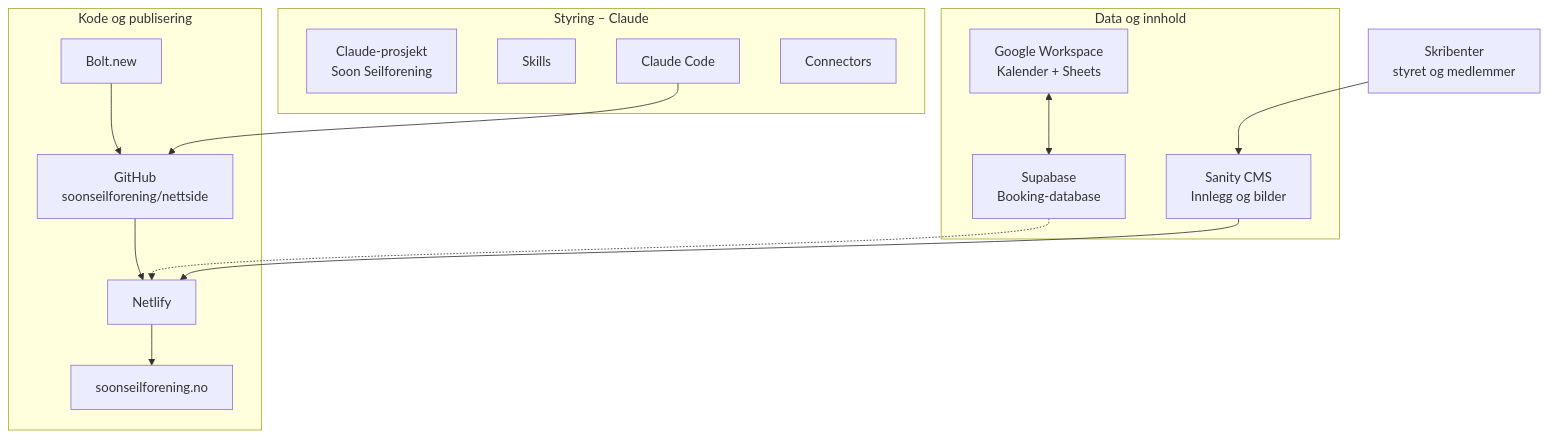
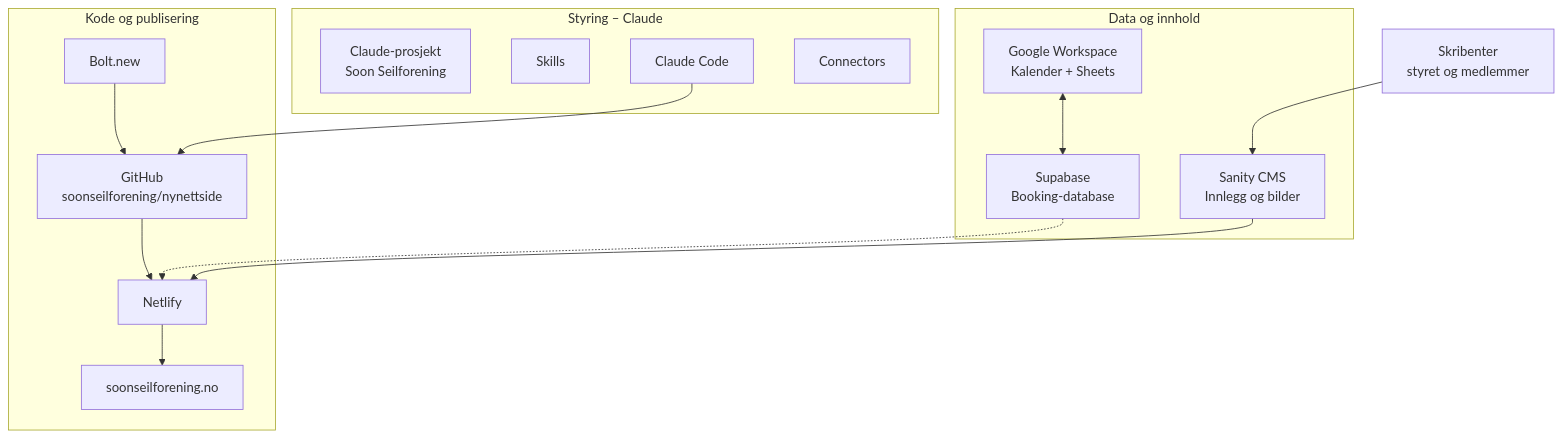
The diagram in docs/arkitektur.md (soonseilforening/nynettside), drawn with Mermaid before and after one commit.

Commit message:
Update GitHub repository link in architecture document

````diff
--- a/docs/arkitektur.md
+++ b/docs/arkitektur.md
@@ -9,29 +9,29 @@
 ```mermaid
 flowchart TB
     subgraph Styring["Styring – Claude"]
         CP["Claude-prosjekt<br/>Soon Seilforening"]
         SK["Skills"]
         CC["Claude Code"]
         CON["Connectors"]
     end
 
     subgraph Kode["Kode og publisering"]
-        BOLT["Bolt.new"] --> GH["GitHub<br/>soonseilforening/nettside"]
+        BOLT["Bolt.new"] --> GH["GitHub<br/>soonseilforening/nynettside"]
         GH --> NET["Netlify"]
         NET --> DOM["soonseilforening.no"]
     end
 
     subgraph Data["Data og innhold"]
         GW["Google Workspace<br/>Kalender + Sheets"]
         SB["Supabase<br/>Booking-database"]
         SAN["Sanity CMS<br/>Innlegg og bilder"]
     end
 
     SKR["Skribenter<br/>styret og medlemmer"]
 
     CC --> GH
     GW <--> SB
     SB -.-> NET
     SAN --> NET
     SKR --> SAN
 ```
````
